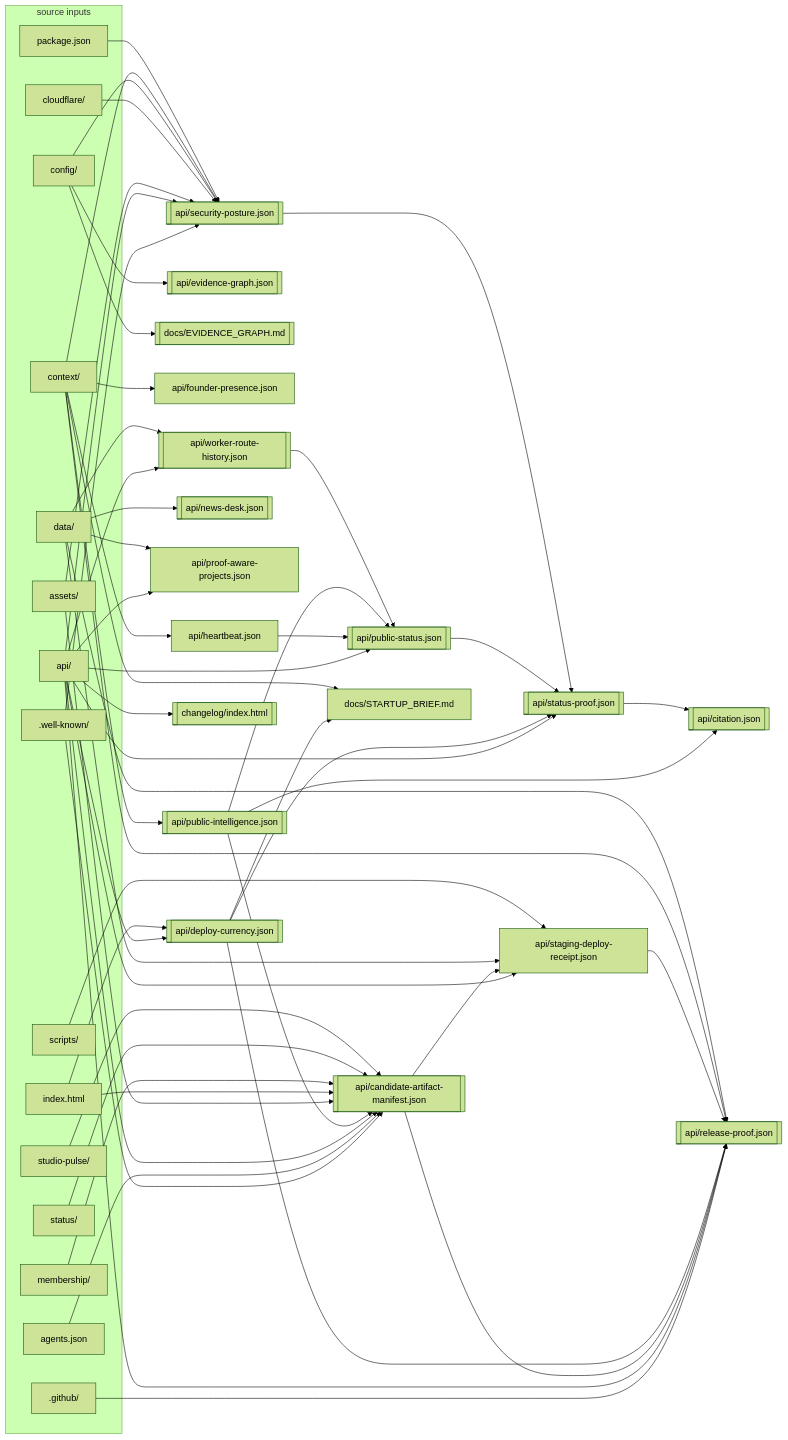
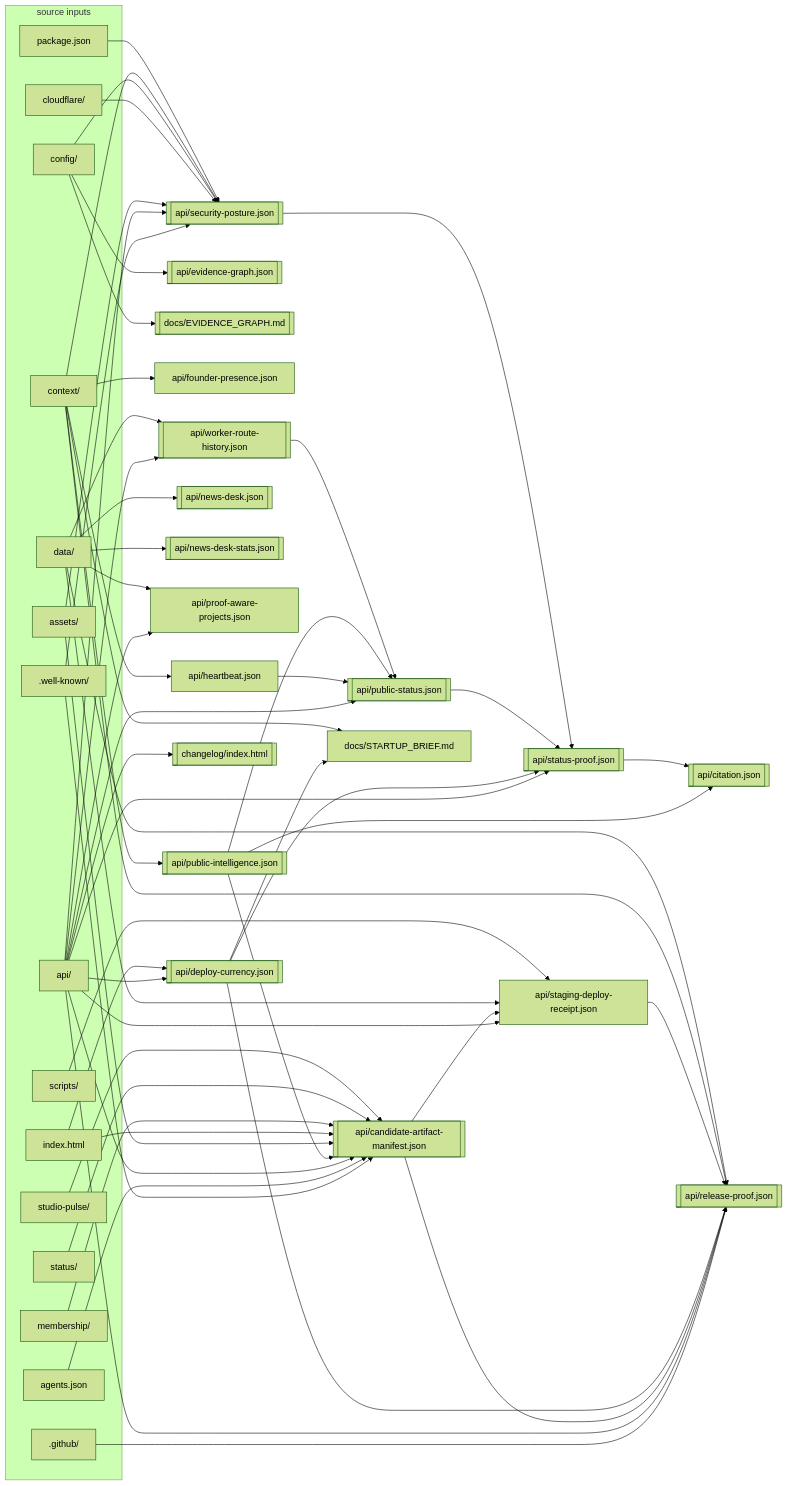
Before and after one commit to VaultSparkStudios/VaultSparkStudios.github.io: the diagram in docs/EVIDENCE_GRAPH.md, drawn with Mermaid (forest theme). The commit also changed other lines of this file and 100 other files, not shown here.

```diff
--- a/docs/EVIDENCE_GRAPH.md
+++ b/docs/EVIDENCE_GRAPH.md
@@ -54,6 +54,7 @@
   n_api_founder_presence_json["api/founder-presence.json"]
   n_api_heartbeat_json["api/heartbeat.json"]
   n_api_news_desk_json[["api/news-desk.json"]]
+  n_api_news_desk_stats_json[["api/news-desk-stats.json"]]
   n_api_proof_aware_projects_json["api/proof-aware-projects.json"]
   n_api_public_intelligence_json[["api/public-intelligence.json"]]
   n_api_public_status_json[["api/public-status.json"]]
@@ -105,6 +106,7 @@
   n_context_ --> n_api_security_posture_json
   n_context_ --> n_docs_STARTUP_BRIEF_md
   n_data_ --> n_api_news_desk_json
+  n_data_ --> n_api_news_desk_stats_json
   n_data_ --> n_api_proof_aware_projects_json
   n_data_ --> n_api_release_proof_json
   n_data_ --> n_api_staging_deploy_receipt_json
```
